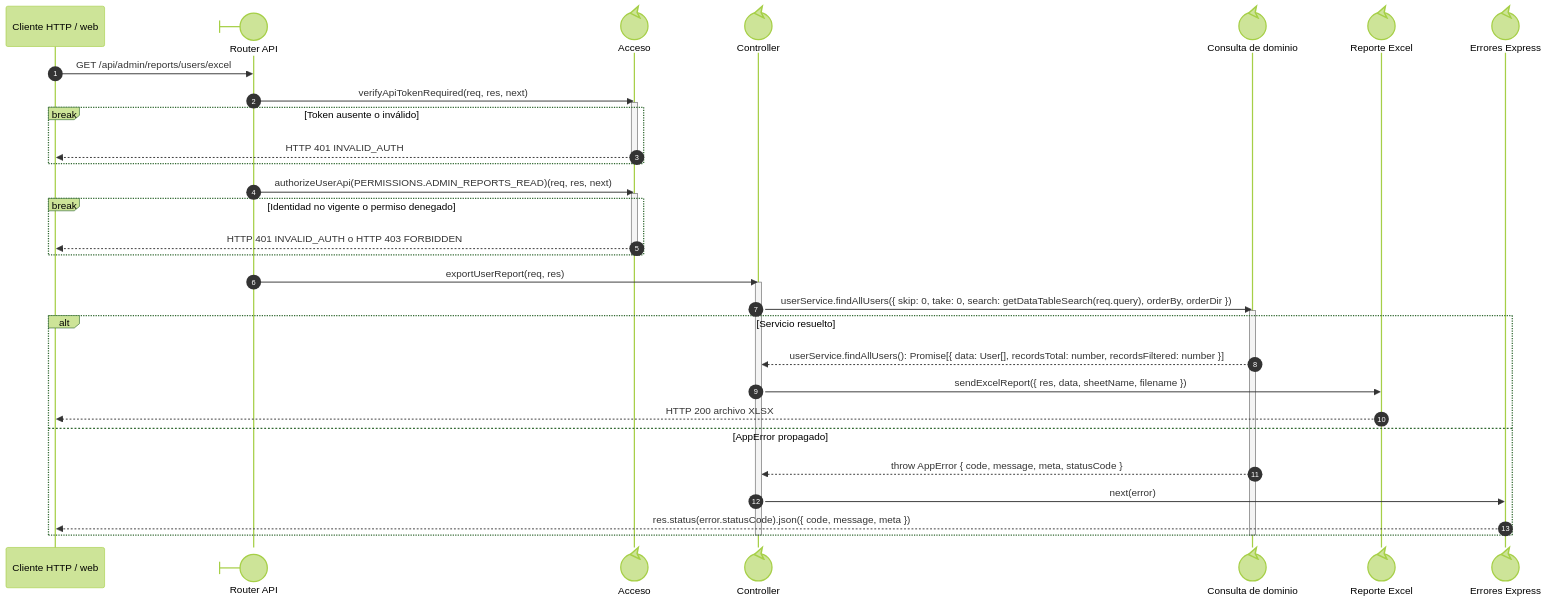
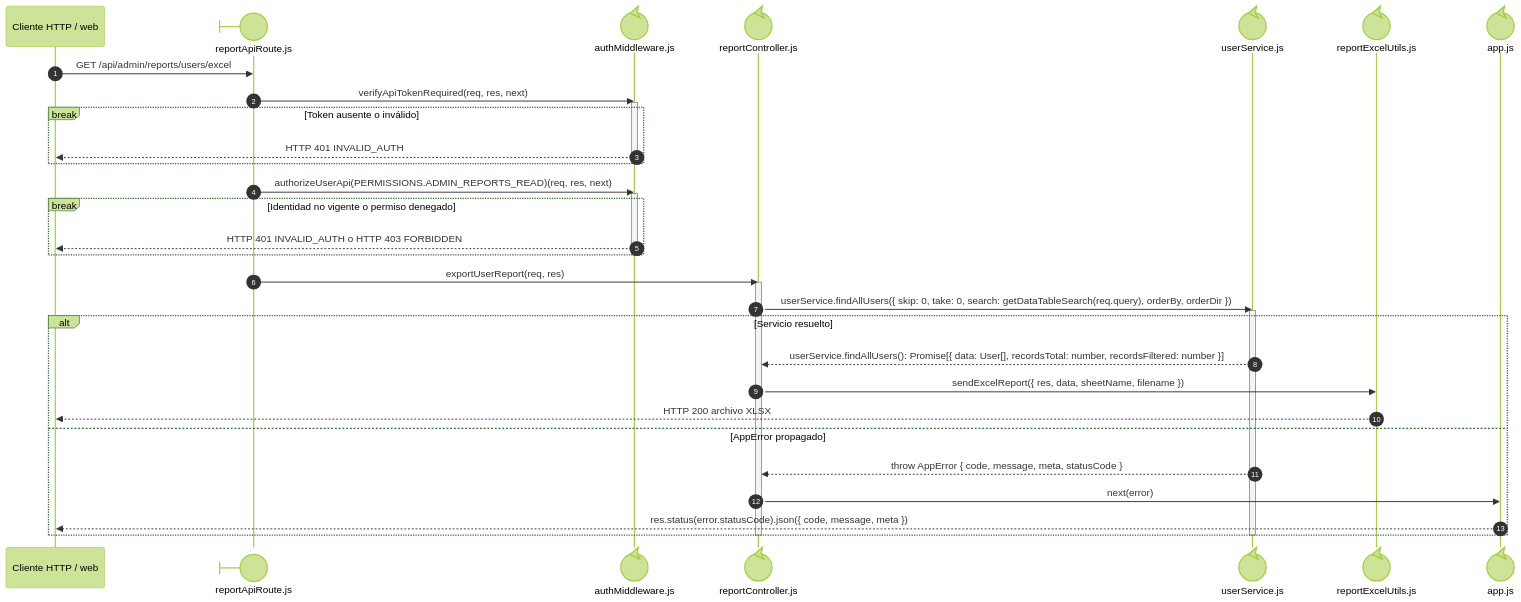
The diagram in docs/architecture/views/processes/backend-code-sequences/identity-access/cu-ida-09.md (gpgsistemas01/nexus), drawn with Mermaid (forest theme) before and after one commit. The commit also changed other lines of this file and 192 other files, not shown here.

Commit message:
docs: make sequence file ownership explicit and align code flows

````diff
--- a/docs/architecture/views/processes/backend-code-sequences/identity-access/cu-ida-09.md
+++ b/docs/architecture/views/processes/backend-code-sequences/identity-access/cu-ida-09.md
@@ -24,41 +26,41 @@
 ```mermaid
 sequenceDiagram
     autonumber
     participant Client as Cliente HTTP / web
-    participant Route@{ "type": "boundary" } as Router API
-    participant Auth@{ "type": "control" } as Acceso
-    participant Controller@{ "type": "control" } as Controller
-    participant Query@{ "type": "control" } as Consulta de dominio
-    participant Excel@{ "type": "control" } as Reporte Excel
-    participant ErrorHandler@{ "type": "control" } as Errores Express
+    participant Route@{ "type": "boundary" } as reportApiRoute.js
+    participant Auth@{ "type": "control" } as authMiddleware.js
+    participant Controller@{ "type": "control" } as reportController.js
+    participant Query@{ "type": "control" } as userService.js
+    participant Excel@{ "type": "control" } as reportExcelUtils.js
+    participant ErrorHandler@{ "type": "control" } as app.js
 
     Client->>Route: GET /api/admin/reports/users/excel
 
     Route->>Auth: verifyApiTokenRequired(req, res, next)
     activate Auth
     break Token ausente o inválido
         Auth-->>Client: HTTP 401 INVALID_AUTH
     end
     deactivate Auth
     Route->>Auth: authorizeUserApi(PERMISSIONS.ADMIN_REPORTS_READ)(req, res, next)
     activate Auth
     break Identidad no vigente o permiso denegado
         Auth-->>Client: HTTP 401 INVALID_AUTH o HTTP 403 FORBIDDEN
     end
     deactivate Auth
     Route->>Controller: exportUserReport(req, res)
     activate Controller
     Controller->>Query: userService.findAllUsers({ skip: 0, take: 0, search: getDataTableSearch(req.query), orderBy, orderDir })
     activate Query
     alt Servicio resuelto
         Query-->>Controller: userService.findAllUsers(): Promise[{ data: User[], recordsTotal: number, recordsFiltered: number }]
         Controller->>Excel: sendExcelReport({ res, data, sheetName, filename })
         Excel-->>Client: HTTP 200 archivo XLSX
     else AppError propagado
         Query-->>Controller: throw AppError { code, message, meta, statusCode }
         Controller->>ErrorHandler: next(error)
         ErrorHandler-->>Client: res.status(error.statusCode).json({ code, message, meta })
     end
     deactivate Query
     deactivate Controller
 ```
````
